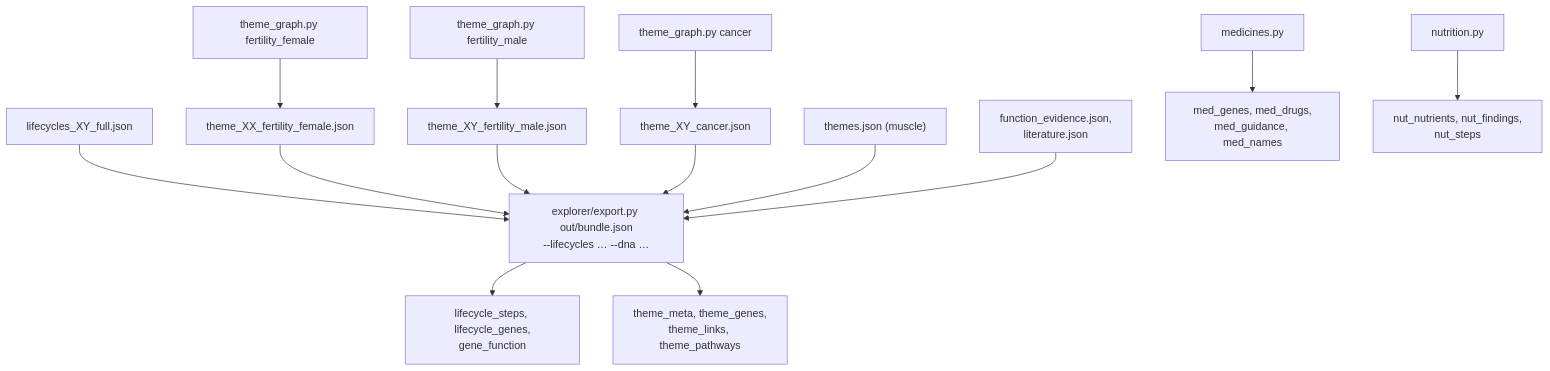
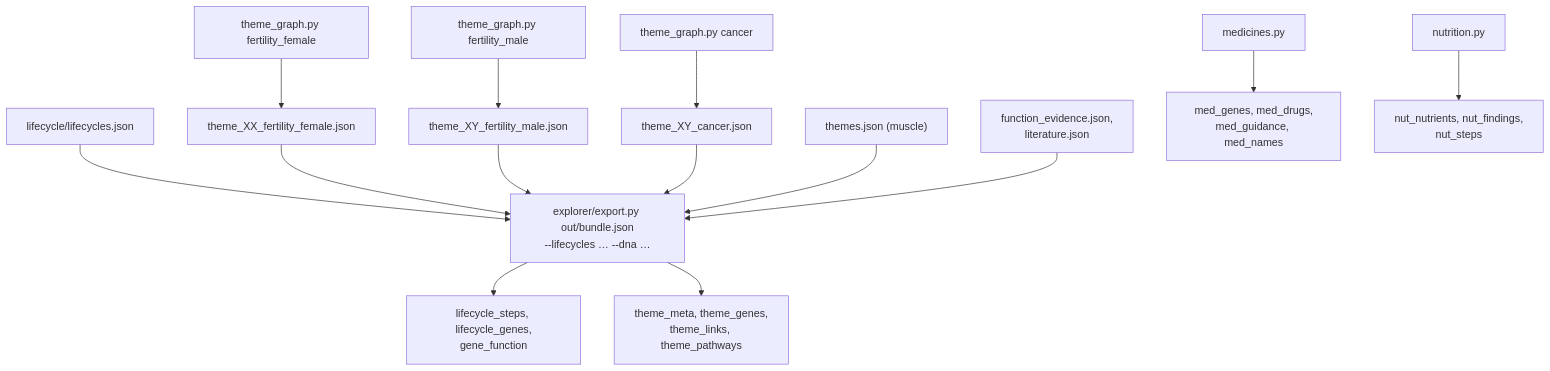
Before and after one commit to Lyceriuss/DNA-Analyzer: the second of 4 diagrams in docs/architecture/explorer.md, drawn with Mermaid. The commit also changed other lines of this file and 34 other files, not shown here.

````diff
--- a/docs/architecture/explorer.md
+++ b/docs/architecture/explorer.md
@@ -37,14 +37,14 @@
 ```mermaid
 flowchart TB
     T1["theme_graph.py fertility_female"] --> X1["theme_XX_fertility_female.json"]
     T2["theme_graph.py fertility_male"] --> X2["theme_XY_fertility_male.json"]
     T3["theme_graph.py cancer"] --> X3["theme_XY_cancer.json"]
-    LC["lifecycles_XY_full.json"] --> E
+    LC["lifecycle/lifecycles.json"] --> E
     X1 & X2 & X3 --> E["explorer/export.py out/bundle.json<br/>--lifecycles … --dna …"]
     TH["themes.json (muscle)"] --> E
     EVJ["function_evidence.json,<br/>literature.json"] --> E
     E --> D1["lifecycle_steps, lifecycle_genes,<br/>gene_function"]
     E --> D2["theme_meta, theme_genes,<br/>theme_links, theme_pathways"]
     MP["medicines.py"] --> D3["med_genes, med_drugs,<br/>med_guidance, med_names"]
     NP["nutrition.py"] --> D4["nut_nutrients, nut_findings,<br/>nut_steps"]
 ```
````
